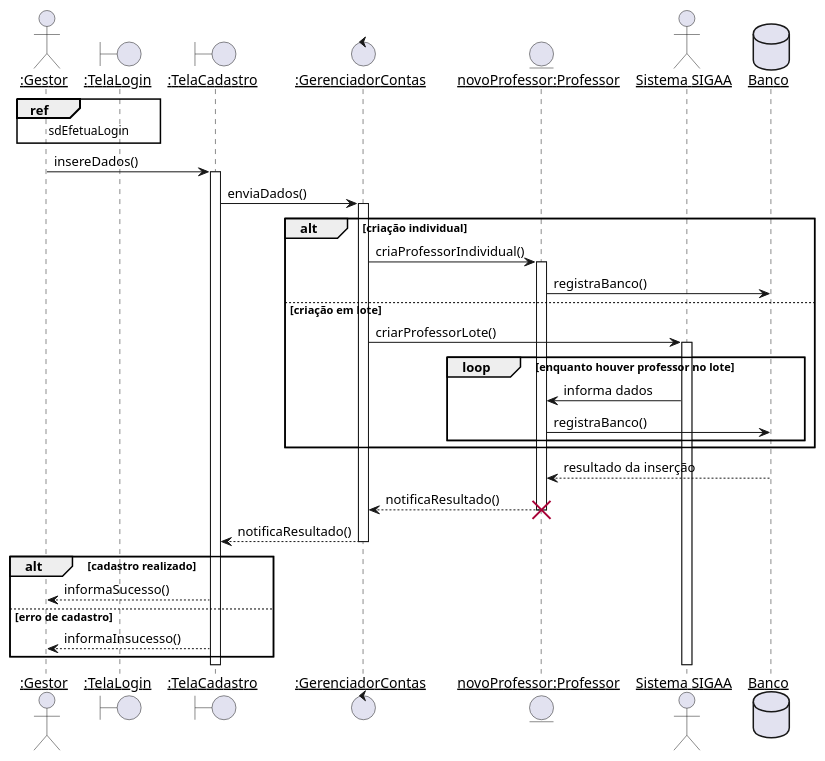
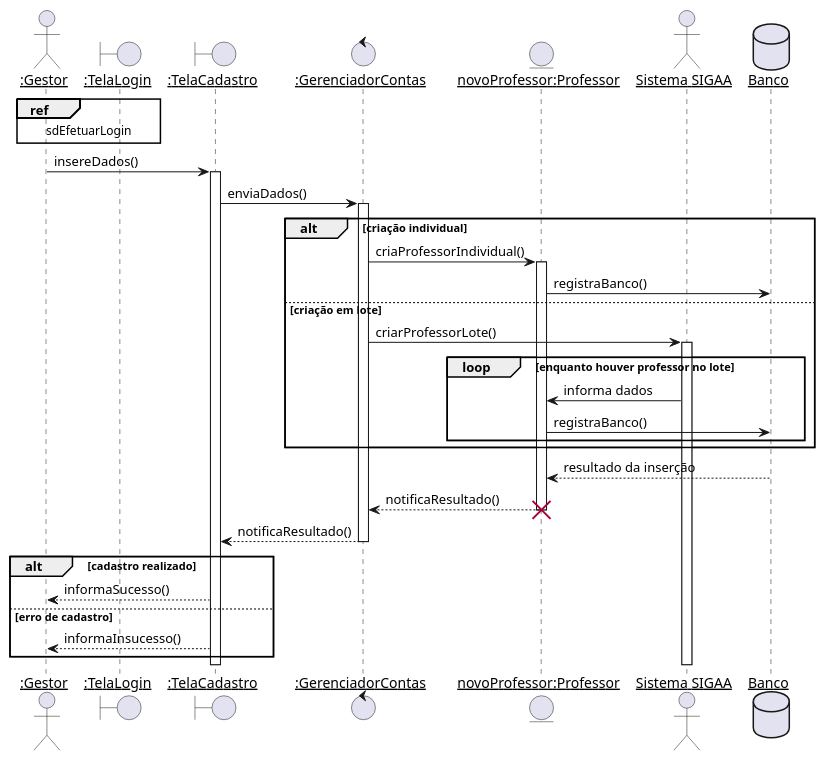
Before and after one commit to Pedro-V/projetorium: the diagram in diagramas/sequencia/manter_professor.puml, drawn with PlantUML. The commit also changed 6 other files, not shown here.

Commit message:
Inseridos diagramas de sequencia no documento

```diff
--- a/diagramas/sequencia/manter_professor.puml
+++ b/diagramas/sequencia/manter_professor.puml
@@ -1,36 +1,36 @@
 @startuml
 skinparam sequenceParticipant underline
 
 actor ":Gestor" as Gestor
 boundary ":TelaLogin"   as TelaLogin
 boundary ":TelaCadastro"    as TelaCadastro
 control ":GerenciadorContas" as GerenciadorContas
 entity "novoProfessor:Professor" as novoProfessor
 actor "Sistema SIGAA" as SIGAA
 database Banco
 
-ref over Gestor, TelaLogin : sdEfetuaLogin
+ref over Gestor, TelaLogin : sdEfetuarLogin
 
 Gestor -> TelaCadastro ++: insereDados()
 TelaCadastro -> GerenciadorContas ++: enviaDados()
 alt criação individual
     GerenciadorContas -> novoProfessor ++: criaProfessorIndividual()
     novoProfessor -> Banco : registraBanco()
 else criação em lote
     GerenciadorContas -> SIGAA ++: criarProfessorLote()
     loop enquanto houver professor no lote
         SIGAA -> novoProfessor : informa dados
         novoProfessor -> Banco : registraBanco()
     end
 end
 Banco --> novoProfessor : resultado da inserção
 novoProfessor --> GerenciadorContas --: notificaResultado()
 destroy novoProfessor
 GerenciadorContas --> TelaCadastro --: notificaResultado()
 
 alt cadastro realizado
     TelaCadastro --> Gestor : informaSucesso()
 else erro de cadastro
     TelaCadastro --> Gestor : informaInsucesso()
 end
 @enduml
```
